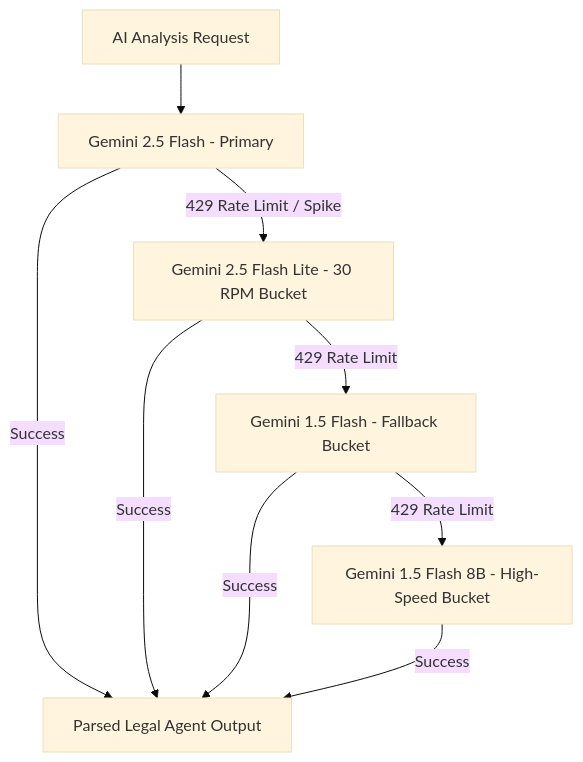
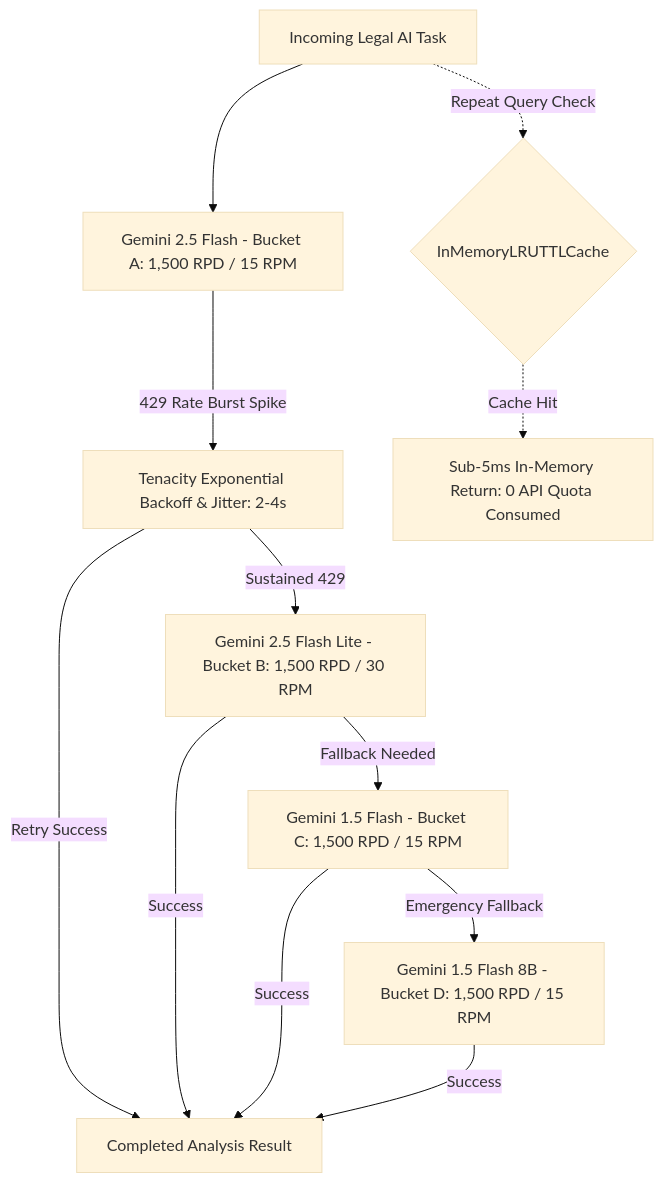
One commit to Nipunchugh10/AI-Legal-Document-Intelligence-Platform changed the fifth of 6 diagrams in ARCHITECTURE.md. Above: the diagram before and after it, drawn with Mermaid (base theme). The commit also changed other lines of this file and 9 other files, not shown here.

Commit message:
feat(docs): Day 61 - recruiter README, ARCHITECTURE specs, demo seeding, and Try Demo path

````diff
--- a/ARCHITECTURE.md
+++ b/ARCHITECTURE.md
@@ -125,11 +247,15 @@
 ```mermaid
 graph TD
-    Request[AI Analysis Request] --> M1[Gemini 2.5 Flash - Primary]
-    M1 -->|429 Rate Limit / Spike| M2[Gemini 2.5 Flash Lite - 30 RPM Bucket]
-    M2 -->|429 Rate Limit| M3[Gemini 1.5 Flash - Fallback Bucket]
-    M3 -->|429 Rate Limit| M4[Gemini 1.5 Flash 8B - High-Speed Bucket]
-    M1 -->|Success| Response[Parsed Legal Agent Output]
-    M2 -->|Success| Response
-    M3 -->|Success| Response
-    M4 -->|Success| Response
+    Req[Incoming Legal AI Task] --> M1[Gemini 2.5 Flash - Bucket A: 1,500 RPD / 15 RPM]
+    M1 -->|429 Rate Burst Spike| Tenacity[Tenacity Exponential Backoff & Jitter: 2-4s]
+    Tenacity -->|Retry Success| Success[Completed Analysis Result]
+    Tenacity -->|Sustained 429| M2[Gemini 2.5 Flash Lite - Bucket B: 1,500 RPD / 30 RPM]
+    M2 -->|Success| Success
+    M2 -->|Fallback Needed| M3[Gemini 1.5 Flash - Bucket C: 1,500 RPD / 15 RPM]
+    M3 -->|Success| Success
+    M3 -->|Emergency Fallback| M4[Gemini 1.5 Flash 8B - Bucket D: 1,500 RPD / 15 RPM]
+    M4 -->|Success| Success
+    
+    Req -.->|Repeat Query Check| CacheCheck{InMemoryLRUTTLCache}
+    CacheCheck -.->|Cache Hit| Sub5ms[Sub-5ms In-Memory Return: 0 API Quota Consumed]
 ```
````
